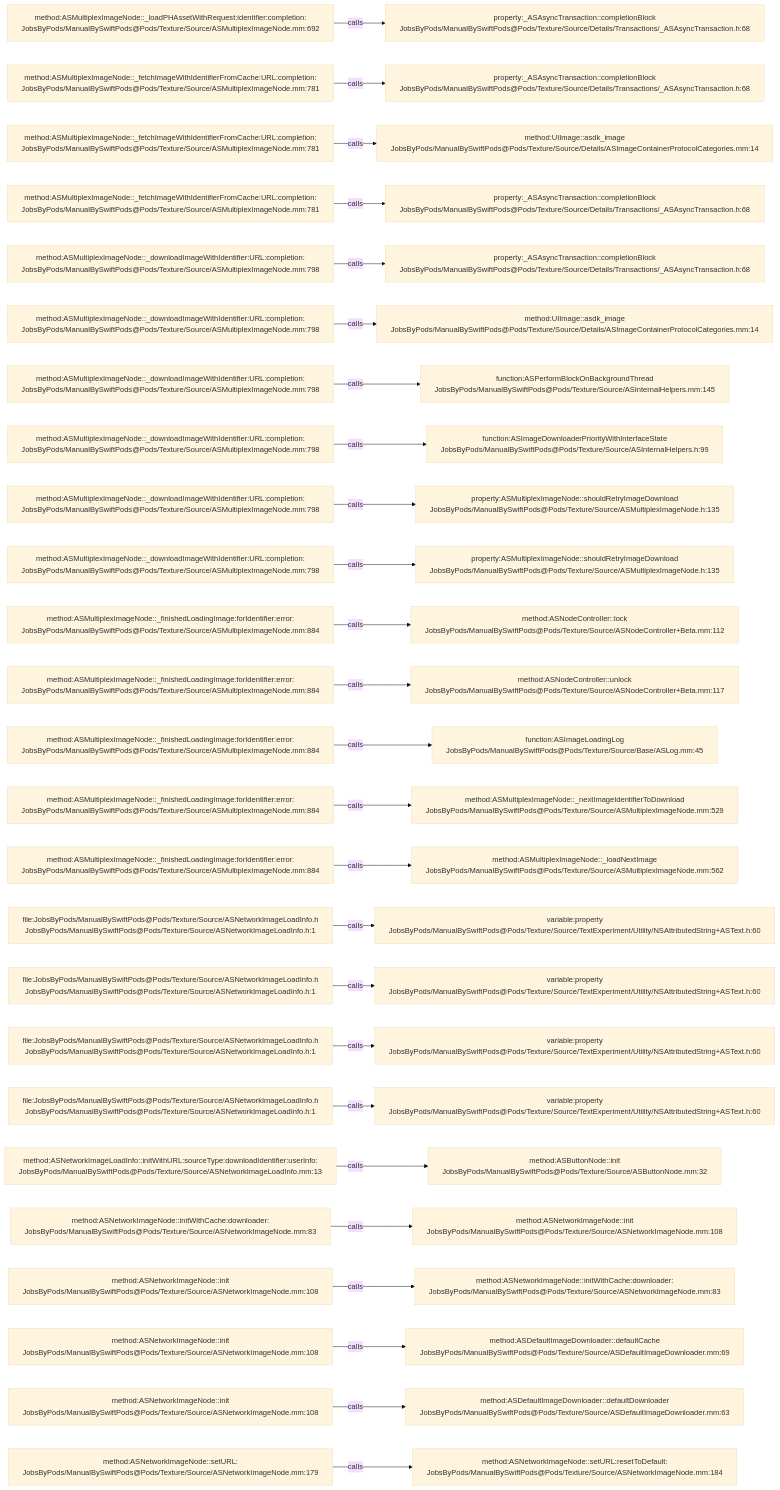
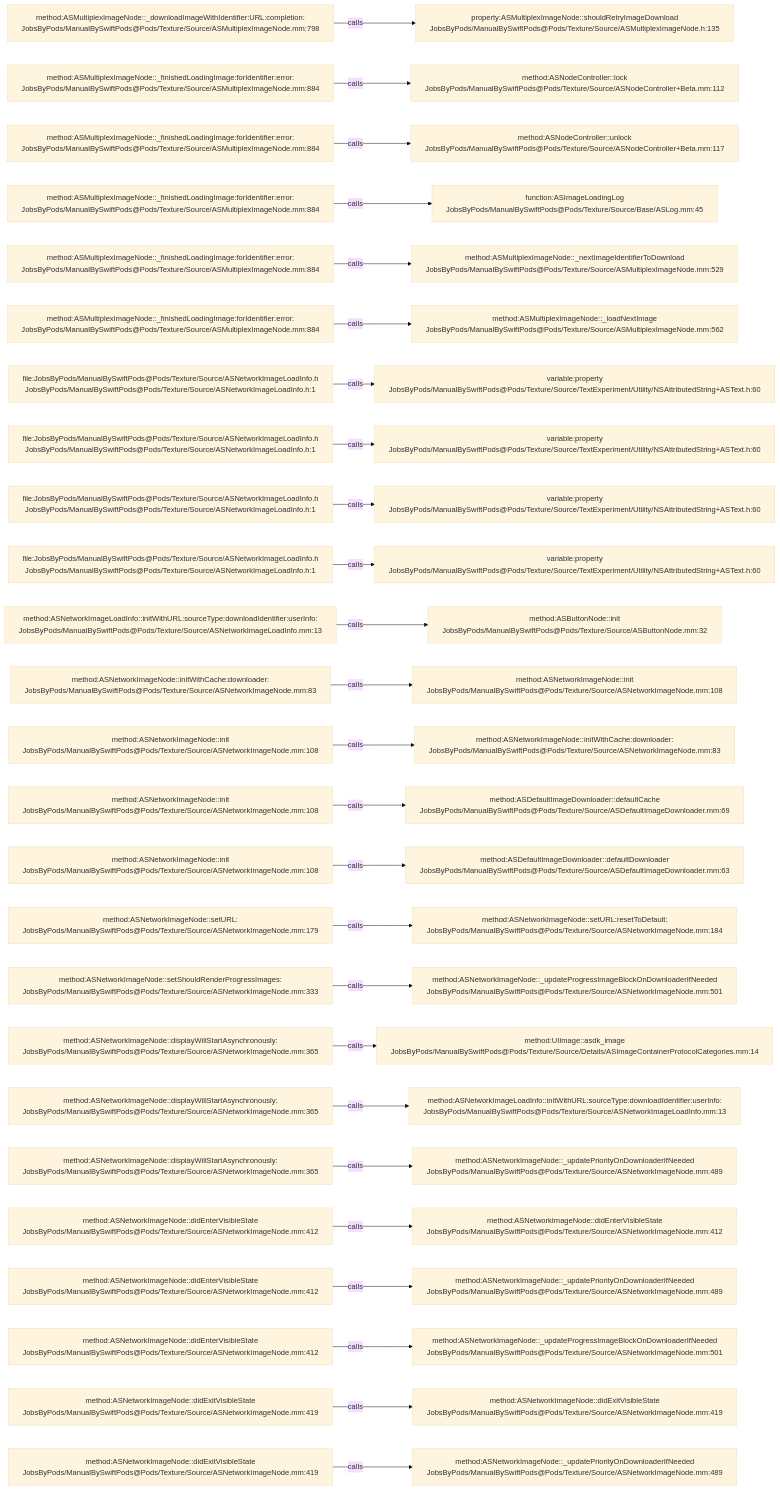
The diagram in .codegraph/codegraph.md/graphs/calls-049.md (JobsKits/JobsSwiftBaseConfigDemo), drawn with Mermaid (base theme) before and after one commit. The commit also changed 707 other files, not shown here.

````diff
--- a/.codegraph/codegraph.md/graphs/calls-049.md
+++ b/.codegraph/codegraph.md/graphs/calls-049.md
@@ -13,78 +13,78 @@
 ```mermaid
 flowchart LR
-  S1["method:ASMultiplexImageNode::_loadPHAssetWithRequest:identifier:completion:<br/>JobsByPods/ManualBySwiftPods@Pods/Texture/Source/ASMultiplexImageNode.mm:692"]
-  T1["property:_ASAsyncTransaction::completionBlock<br/>JobsByPods/ManualBySwiftPods@Pods/Texture/Source/Details/Transactions/_ASAsyncTransaction.h:68"]
+  S1["method:ASMultiplexImageNode::_downloadImageWithIdentifier:URL:completion:<br/>JobsByPods/ManualBySwiftPods@Pods/Texture/Source/ASMultiplexImageNode.mm:798"]
+  T1["property:ASMultiplexImageNode::shouldRetryImageDownload<br/>JobsByPods/ManualBySwiftPods@Pods/Texture/Source/ASMultiplexImageNode.h:135"]
   S1 -->|calls| T1
-  S2["method:ASMultiplexImageNode::_fetchImageWithIdentifierFromCache:URL:completion:<br/>JobsByPods/ManualBySwiftPods@Pods/Texture/Source/ASMultiplexImageNode.mm:781"]
-  T2["property:_ASAsyncTransaction::completionBlock<br/>JobsByPods/ManualBySwiftPods@Pods/Texture/Source/Details/Transactions/_ASAsyncTransaction.h:68"]
+  S2["method:ASMultiplexImageNode::_finishedLoadingImage:forIdentifier:error:<br/>JobsByPods/ManualBySwiftPods@Pods/Texture/Source/ASMultiplexImageNode.mm:884"]
+  T2["method:ASNodeController::lock<br/>JobsByPods/ManualBySwiftPods@Pods/Texture/Source/ASNodeController+Beta.mm:112"]
   S2 -->|calls| T2
-  S3["method:ASMultiplexImageNode::_fetchImageWithIdentifierFromCache:URL:completion:<br/>JobsByPods/ManualBySwiftPods@Pods/Texture/Source/ASMultiplexImageNode.mm:781"]
-  T3["method:UIImage::asdk_image<br/>JobsByPods/ManualBySwiftPods@Pods/Texture/Source/Details/ASImageContainerProtocolCategories.mm:14"]
+  S3["method:ASMultiplexImageNode::_finishedLoadingImage:forIdentifier:error:<br/>JobsByPods/ManualBySwiftPods@Pods/Texture/Source/ASMultiplexImageNode.mm:884"]
+  T3["method:ASNodeController::unlock<br/>JobsByPods/ManualBySwiftPods@Pods/Texture/Source/ASNodeController+Beta.mm:117"]
   S3 -->|calls| T3
-  S4["method:ASMultiplexImageNode::_fetchImageWithIdentifierFromCache:URL:completion:<br/>JobsByPods/ManualBySwiftPods@Pods/Texture/Source/ASMultiplexImageNode.mm:781"]
-  T4["property:_ASAsyncTransaction::completionBlock<br/>JobsByPods/ManualBySwiftPods@Pods/Texture/Source/Details/Transactions/_ASAsyncTransaction.h:68"]
+  S4["method:ASMultiplexImageNode::_finishedLoadingImage:forIdentifier:error:<br/>JobsByPods/ManualBySwiftPods@Pods/Texture/Source/ASMultiplexImageNode.mm:884"]
+  T4["function:ASImageLoadingLog<br/>JobsByPods/ManualBySwiftPods@Pods/Texture/Source/Base/ASLog.mm:45"]
   S4 -->|calls| T4
-  S5["method:ASMultiplexImageNode::_downloadImageWithIdentifier:URL:completion:<br/>JobsByPods/ManualBySwiftPods@Pods/Texture/Source/ASMultiplexImageNode.mm:798"]
-  T5["property:_ASAsyncTransaction::completionBlock<br/>JobsByPods/ManualBySwiftPods@Pods/Texture/Source/Details/Transactions/_ASAsyncTransaction.h:68"]
+  S5["method:ASMultiplexImageNode::_finishedLoadingImage:forIdentifier:error:<br/>JobsByPods/ManualBySwiftPods@Pods/Texture/Source/ASMultiplexImageNode.mm:884"]
+  T5["method:ASMultiplexImageNode::_nextImageIdentifierToDownload<br/>JobsByPods/ManualBySwiftPods@Pods/Texture/Source/ASMultiplexImageNode.mm:529"]
   S5 -->|calls| T5
-  S6["method:ASMultiplexImageNode::_downloadImageWithIdentifier:URL:completion:<br/>JobsByPods/ManualBySwiftPods@Pods/Texture/Source/ASMultiplexImageNode.mm:798"]
-  T6["method:UIImage::asdk_image<br/>JobsByPods/ManualBySwiftPods@Pods/Texture/Source/Details/ASImageContainerProtocolCategories.mm:14"]
+  S6["method:ASMultiplexImageNode::_finishedLoadingImage:forIdentifier:error:<br/>JobsByPods/ManualBySwiftPods@Pods/Texture/Source/ASMultiplexImageNode.mm:884"]
+  T6["method:ASMultiplexImageNode::_loadNextImage<br/>JobsByPods/ManualBySwiftPods@Pods/Texture/Source/ASMultiplexImageNode.mm:562"]
   S6 -->|calls| T6
-  S7["method:ASMultiplexImageNode::_downloadImageWithIdentifier:URL:completion:<br/>JobsByPods/ManualBySwiftPods@Pods/Texture/Source/ASMultiplexImageNode.mm:798"]
-  T7["function:ASPerformBlockOnBackgroundThread<br/>JobsByPods/ManualBySwiftPods@Pods/Texture/Source/ASInternalHelpers.mm:145"]
+  S7["file:JobsByPods/ManualBySwiftPods@Pods/Texture/Source/ASNetworkImageLoadInfo.h<br/>JobsByPods/ManualBySwiftPods@Pods/Texture/Source/ASNetworkImageLoadInfo.h:1"]
+  T7["variable:property<br/>JobsByPods/ManualBySwiftPods@Pods/Texture/Source/TextExperiment/Utility/NSAttributedString+ASText.h:60"]
   S7 -->|calls| T7
-  S8["method:ASMultiplexImageNode::_downloadImageWithIdentifier:URL:completion:<br/>JobsByPods/ManualBySwiftPods@Pods/Texture/Source/ASMultiplexImageNode.mm:798"]
-  T8["function:ASImageDownloaderPriorityWithInterfaceState<br/>JobsByPods/ManualBySwiftPods@Pods/Texture/Source/ASInternalHelpers.h:99"]
+  S8["file:JobsByPods/ManualBySwiftPods@Pods/Texture/Source/ASNetworkImageLoadInfo.h<br/>JobsByPods/ManualBySwiftPods@Pods/Texture/Source/ASNetworkImageLoadInfo.h:1"]
+  T8["variable:property<br/>JobsByPods/ManualBySwiftPods@Pods/Texture/Source/TextExperiment/Utility/NSAttributedString+ASText.h:60"]
   S8 -->|calls| T8
-  S9["method:ASMultiplexImageNode::_downloadImageWithIdentifier:URL:completion:<br/>JobsByPods/ManualBySwiftPods@Pods/Texture/Source/ASMultiplexImageNode.mm:798"]
-  T9["property:ASMultiplexImageNode::shouldRetryImageDownload<br/>JobsByPods/ManualBySwiftPods@Pods/Texture/Source/ASMultiplexImageNode.h:135"]
+  S9["file:JobsByPods/ManualBySwiftPods@Pods/Texture/Source/ASNetworkImageLoadInfo.h<br/>JobsByPods/ManualBySwiftPods@Pods/Texture/Source/ASNetworkImageLoadInfo.h:1"]
+  T9["variable:property<br/>JobsByPods/ManualBySwiftPods@Pods/Texture/Source/TextExperiment/Utility/NSAttributedString+ASText.h:60"]
   S9 -->|calls| T9
-  S10["method:ASMultiplexImageNode::_downloadImageWithIdentifier:URL:completion:<br/>JobsByPods/ManualBySwiftPods@Pods/Texture/Source/ASMultiplexImageNode.mm:798"]
-  T10["property:ASMultiplexImageNode::shouldRetryImageDownload<br/>JobsByPods/ManualBySwiftPods@Pods/Texture/Source/ASMultiplexImageNode.h:135"]
+  S10["file:JobsByPods/ManualBySwiftPods@Pods/Texture/Source/ASNetworkImageLoadInfo.h<br/>JobsByPods/ManualBySwiftPods@Pods/Texture/Source/ASNetworkImageLoadInfo.h:1"]
+  T10["variable:property<br/>JobsByPods/ManualBySwiftPods@Pods/Texture/Source/TextExperiment/Utility/NSAttributedString+ASText.h:60"]
   S10 -->|calls| T10
-  S11["method:ASMultiplexImageNode::_finishedLoadingImage:forIdentifier:error:<br/>JobsByPods/ManualBySwiftPods@Pods/Texture/Source/ASMultiplexImageNode.mm:884"]
-  T11["method:ASNodeController::lock<br/>JobsByPods/ManualBySwiftPods@Pods/Texture/Source/ASNodeController+Beta.mm:112"]
+  S11["method:ASNetworkImageLoadInfo::initWithURL:sourceType:downloadIdentifier:userInfo:<br/>JobsByPods/ManualBySwiftPods@Pods/Texture/Source/ASNetworkImageLoadInfo.mm:13"]
+  T11["method:ASButtonNode::init<br/>JobsByPods/ManualBySwiftPods@Pods/Texture/Source/ASButtonNode.mm:32"]
   S11 -->|calls| T11
-  S12["method:ASMultiplexImageNode::_finishedLoadingImage:forIdentifier:error:<br/>JobsByPods/ManualBySwiftPods@Pods/Texture/Source/ASMultiplexImageNode.mm:884"]
-  T12["method:ASNodeController::unlock<br/>JobsByPods/ManualBySwiftPods@Pods/Texture/Source/ASNodeController+Beta.mm:117"]
+  S12["method:ASNetworkImageNode::initWithCache:downloader:<br/>JobsByPods/ManualBySwiftPods@Pods/Texture/Source/ASNetworkImageNode.mm:83"]
+  T12["method:ASNetworkImageNode::init<br/>JobsByPods/ManualBySwiftPods@Pods/Texture/Source/ASNetworkImageNode.mm:108"]
   S12 -->|calls| T12
-  S13["method:ASMultiplexImageNode::_finishedLoadingImage:forIdentifier:error:<br/>JobsByPods/ManualBySwiftPods@Pods/Texture/Source/ASMultiplexImageNode.mm:884"]
-  T13["function:ASImageLoadingLog<br/>JobsByPods/ManualBySwiftPods@Pods/Texture/Source/Base/ASLog.mm:45"]
+  S13["method:ASNetworkImageNode::init<br/>JobsByPods/ManualBySwiftPods@Pods/Texture/Source/ASNetworkImageNode.mm:108"]
+  T13["method:ASNetworkImageNode::initWithCache:downloader:<br/>JobsByPods/ManualBySwiftPods@Pods/Texture/Source/ASNetworkImageNode.mm:83"]
   S13 -->|calls| T13
-  S14["method:ASMultiplexImageNode::_finishedLoadingImage:forIdentifier:error:<br/>JobsByPods/ManualBySwiftPods@Pods/Texture/Source/ASMultiplexImageNode.mm:884"]
-  T14["method:ASMultiplexImageNode::_nextImageIdentifierToDownload<br/>JobsByPods/ManualBySwiftPods@Pods/Texture/Source/ASMultiplexImageNode.mm:529"]
+  S14["method:ASNetworkImageNode::init<br/>JobsByPods/ManualBySwiftPods@Pods/Texture/Source/ASNetworkImageNode.mm:108"]
+  T14["method:ASDefaultImageDownloader::defaultCache<br/>JobsByPods/ManualBySwiftPods@Pods/Texture/Source/ASDefaultImageDownloader.mm:69"]
   S14 -->|calls| T14
-  S15["method:ASMultiplexImageNode::_finishedLoadingImage:forIdentifier:error:<br/>JobsByPods/ManualBySwiftPods@Pods/Texture/Source/ASMultiplexImageNode.mm:884"]
-  T15["method:ASMultiplexImageNode::_loadNextImage<br/>JobsByPods/ManualBySwiftPods@Pods/Texture/Source/ASMultiplexImageNode.mm:562"]
+  S15["method:ASNetworkImageNode::init<br/>JobsByPods/ManualBySwiftPods@Pods/Texture/Source/ASNetworkImageNode.mm:108"]
+  T15["method:ASDefaultImageDownloader::defaultDownloader<br/>JobsByPods/ManualBySwiftPods@Pods/Texture/Source/ASDefaultImageDownloader.mm:63"]
   S15 -->|calls| T15
-  S16["file:JobsByPods/ManualBySwiftPods@Pods/Texture/Source/ASNetworkImageLoadInfo.h<br/>JobsByPods/ManualBySwiftPods@Pods/Texture/Source/ASNetworkImageLoadInfo.h:1"]
-  T16["variable:property<br/>JobsByPods/ManualBySwiftPods@Pods/Texture/Source/TextExperiment/Utility/NSAttributedString+ASText.h:60"]
+  S16["method:ASNetworkImageNode::setURL:<br/>JobsByPods/ManualBySwiftPods@Pods/Texture/Source/ASNetworkImageNode.mm:179"]
+  T16["method:ASNetworkImageNode::setURL:resetToDefault:<br/>JobsByPods/ManualBySwiftPods@Pods/Texture/Source/ASNetworkImageNode.mm:184"]
   S16 -->|calls| T16
-  S17["file:JobsByPods/ManualBySwiftPods@Pods/Texture/Source/ASNetworkImageLoadInfo.h<br/>JobsByPods/ManualBySwiftPods@Pods/Texture/Source/ASNetworkImageLoadInfo.h:1"]
-  T17["variable:property<br/>JobsByPods/ManualBySwiftPods@Pods/Texture/Source/TextExperiment/Utility/NSAttributedString+ASText.h:60"]
+  S17["method:ASNetworkImageNode::setShouldRenderProgressImages:<br/>JobsByPods/ManualBySwiftPods@Pods/Texture/Source/ASNetworkImageNode.mm:333"]
+  T17["method:ASNetworkImageNode::_updateProgressImageBlockOnDownloaderIfNeeded<br/>JobsByPods/ManualBySwiftPods@Pods/Texture/Source/ASNetworkImageNode.mm:501"]
   S17 -->|calls| T17
-  S18["file:JobsByPods/ManualBySwiftPods@Pods/Texture/Source/ASNetworkImageLoadInfo.h<br/>JobsByPods/ManualBySwiftPods@Pods/Texture/Source/ASNetworkImageLoadInfo.h:1"]
-  T18["variable:property<br/>JobsByPods/ManualBySwiftPods@Pods/Texture/Source/TextExperiment/Utility/NSAttributedString+ASText.h:60"]
+  S18["method:ASNetworkImageNode::displayWillStartAsynchronously:<br/>JobsByPods/ManualBySwiftPods@Pods/Texture/Source/ASNetworkImageNode.mm:365"]
+  T18["method:UIImage::asdk_image<br/>JobsByPods/ManualBySwiftPods@Pods/Texture/Source/Details/ASImageContainerProtocolCategories.mm:14"]
   S18 -->|calls| T18
-  S19["file:JobsByPods/ManualBySwiftPods@Pods/Texture/Source/ASNetworkImageLoadInfo.h<br/>JobsByPods/ManualBySwiftPods@Pods/Texture/Source/ASNetworkImageLoadInfo.h:1"]
-  T19["variable:property<br/>JobsByPods/ManualBySwiftPods@Pods/Texture/Source/TextExperiment/Utility/NSAttributedString+ASText.h:60"]
+  S19["method:ASNetworkImageNode::displayWillStartAsynchronously:<br/>JobsByPods/ManualBySwiftPods@Pods/Texture/Source/ASNetworkImageNode.mm:365"]
+  T19["method:ASNetworkImageLoadInfo::initWithURL:sourceType:downloadIdentifier:userInfo:<br/>JobsByPods/ManualBySwiftPods@Pods/Texture/Source/ASNetworkImageLoadInfo.mm:13"]
   S19 -->|calls| T19
-  S20["method:ASNetworkImageLoadInfo::initWithURL:sourceType:downloadIdentifier:userInfo:<br/>JobsByPods/ManualBySwiftPods@Pods/Texture/Source/ASNetworkImageLoadInfo.mm:13"]
-  T20["method:ASButtonNode::init<br/>JobsByPods/ManualBySwiftPods@Pods/Texture/Source/ASButtonNode.mm:32"]
+  S20["method:ASNetworkImageNode::displayWillStartAsynchronously:<br/>JobsByPods/ManualBySwiftPods@Pods/Texture/Source/ASNetworkImageNode.mm:365"]
+  T20["method:ASNetworkImageNode::_updatePriorityOnDownloaderIfNeeded<br/>JobsByPods/ManualBySwiftPods@Pods/Texture/Source/ASNetworkImageNode.mm:489"]
   S20 -->|calls| T20
-  S21["method:ASNetworkImageNode::initWithCache:downloader:<br/>JobsByPods/ManualBySwiftPods@Pods/Texture/Source/ASNetworkImageNode.mm:83"]
-  T21["method:ASNetworkImageNode::init<br/>JobsByPods/ManualBySwiftPods@Pods/Texture/Source/ASNetworkImageNode.mm:108"]
+  S21["method:ASNetworkImageNode::didEnterVisibleState<br/>JobsByPods/ManualBySwiftPods@Pods/Texture/Source/ASNetworkImageNode.mm:412"]
+  T21["method:ASNetworkImageNode::didEnterVisibleState<br/>JobsByPods/ManualBySwiftPods@Pods/Texture/Source/ASNetworkImageNode.mm:412"]
   S21 -->|calls| T21
-  S22["method:ASNetworkImageNode::init<br/>JobsByPods/ManualBySwiftPods@Pods/Texture/Source/ASNetworkImageNode.mm:108"]
-  T22["method:ASNetworkImageNode::initWithCache:downloader:<br/>JobsByPods/ManualBySwiftPods@Pods/Texture/Source/ASNetworkImageNode.mm:83"]
+  S22["method:ASNetworkImageNode::didEnterVisibleState<br/>JobsByPods/ManualBySwiftPods@Pods/Texture/Source/ASNetworkImageNode.mm:412"]
+  T22["method:ASNetworkImageNode::_updatePriorityOnDownloaderIfNeeded<br/>JobsByPods/ManualBySwiftPods@Pods/Texture/Source/ASNetworkImageNode.mm:489"]
   S22 -->|calls| T22
-  S23["method:ASNetworkImageNode::init<br/>JobsByPods/ManualBySwiftPods@Pods/Texture/Source/ASNetworkImageNode.mm:108"]
-  T23["method:ASDefaultImageDownloader::defaultCache<br/>JobsByPods/ManualBySwiftPods@Pods/Texture/Source/ASDefaultImageDownloader.mm:69"]
+  S23["method:ASNetworkImageNode::didEnterVisibleState<br/>JobsByPods/ManualBySwiftPods@Pods/Texture/Source/ASNetworkImageNode.mm:412"]
+  T23["method:ASNetworkImageNode::_updateProgressImageBlockOnDownloaderIfNeeded<br/>JobsByPods/ManualBySwiftPods@Pods/Texture/Source/ASNetworkImageNode.mm:501"]
   S23 -->|calls| T23
-  S24["method:ASNetworkImageNode::init<br/>JobsByPods/ManualBySwiftPods@Pods/Texture/Source/ASNetworkImageNode.mm:108"]
-  T24["method:ASDefaultImageDownloader::defaultDownloader<br/>JobsByPods/ManualBySwiftPods@Pods/Texture/Source/ASDefaultImageDownloader.mm:63"]
+  S24["method:ASNetworkImageNode::didExitVisibleState<br/>JobsByPods/ManualBySwiftPods@Pods/Texture/Source/ASNetworkImageNode.mm:419"]
+  T24["method:ASNetworkImageNode::didExitVisibleState<br/>JobsByPods/ManualBySwiftPods@Pods/Texture/Source/ASNetworkImageNode.mm:419"]
   S24 -->|calls| T24
-  S25["method:ASNetworkImageNode::setURL:<br/>JobsByPods/ManualBySwiftPods@Pods/Texture/Source/ASNetworkImageNode.mm:179"]
-  T25["method:ASNetworkImageNode::setURL:resetToDefault:<br/>JobsByPods/ManualBySwiftPods@Pods/Texture/Source/ASNetworkImageNode.mm:184"]
+  S25["method:ASNetworkImageNode::didExitVisibleState<br/>JobsByPods/ManualBySwiftPods@Pods/Texture/Source/ASNetworkImageNode.mm:419"]
+  T25["method:ASNetworkImageNode::_updatePriorityOnDownloaderIfNeeded<br/>JobsByPods/ManualBySwiftPods@Pods/Texture/Source/ASNetworkImageNode.mm:489"]
   S25 -->|calls| T25
 ```
````
